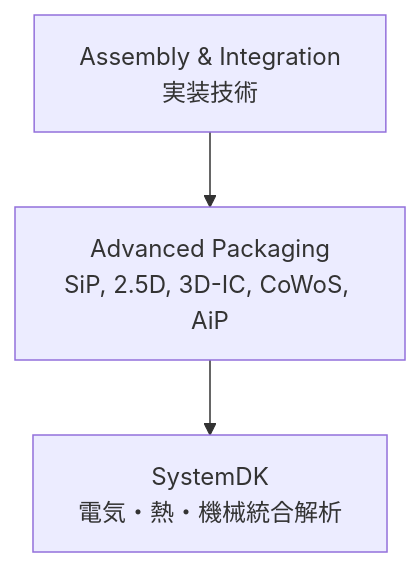
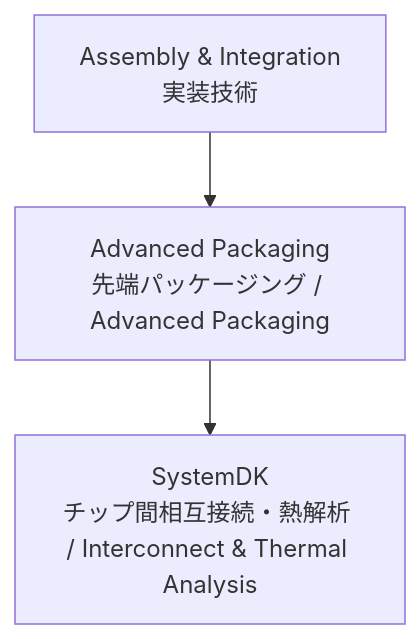
The diagram in Assembly-Integration/Advanced-Packaging/README.md (Samizo-AITL/Edusemi-Plus), drawn with Mermaid before and after one commit. The commit also changed other lines of this file, not shown here.

````diff
--- a/Assembly-Integration/Advanced-Packaging/README.md
+++ b/Assembly-Integration/Advanced-Packaging/README.md
@@ -41,5 +48,5 @@
 ```mermaid
 graph TD
-  A[Assembly & Integration<br/>実装技術] --> B[Advanced Packaging<br/>SiP, 2.5D, 3D-IC, CoWoS, AiP]
-  B --> C[SystemDK<br/>電気・熱・機械統合解析]
+  A[Assembly & Integration<br/>実装技術] --> B[Advanced Packaging<br/>先端パッケージング / Advanced Packaging]
+  B --> C[SystemDK<br/>チップ間相互接続・熱解析 / Interconnect & Thermal Analysis]
 ```
````
